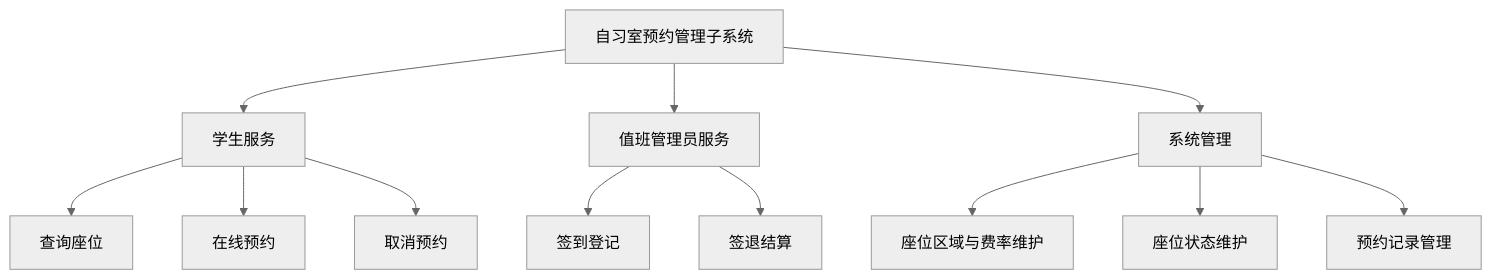
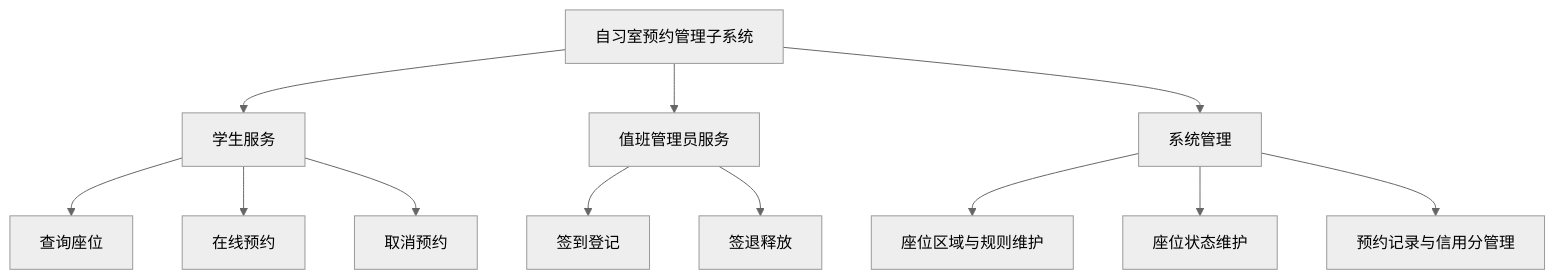
The diagram in docs/reports/实验1-系统目标及功能简述.md (STU-team/Study_Room_Reservation), drawn with Mermaid (neutral theme) before and after one commit. The commit also changed other lines of this file and 5 other files, not shown here.

````diff
--- a/docs/reports/实验1-系统目标及功能简述.md
+++ b/docs/reports/实验1-系统目标及功能简述.md
@@ -57,15 +58,15 @@
 ```mermaid
 graph TD
     SYS["自习室预约管理子系统"]
     SYS --> ST["学生服务"]
     SYS --> DU["值班管理员服务"]
     SYS --> SA["系统管理"]
     ST --> ST1["查询座位"]
     ST --> ST2["在线预约"]
     ST --> ST3["取消预约"]
     DU --> DU1["签到登记"]
-    DU --> DU2["签退结算"]
-    SA --> SA1["座位区域与费率维护"]
+    DU --> DU2["签退释放"]
+    SA --> SA1["座位区域与规则维护"]
     SA --> SA2["座位状态维护"]
-    SA --> SA3["预约记录管理"]
+    SA --> SA3["预约记录与信用分管理"]
 ```
````
